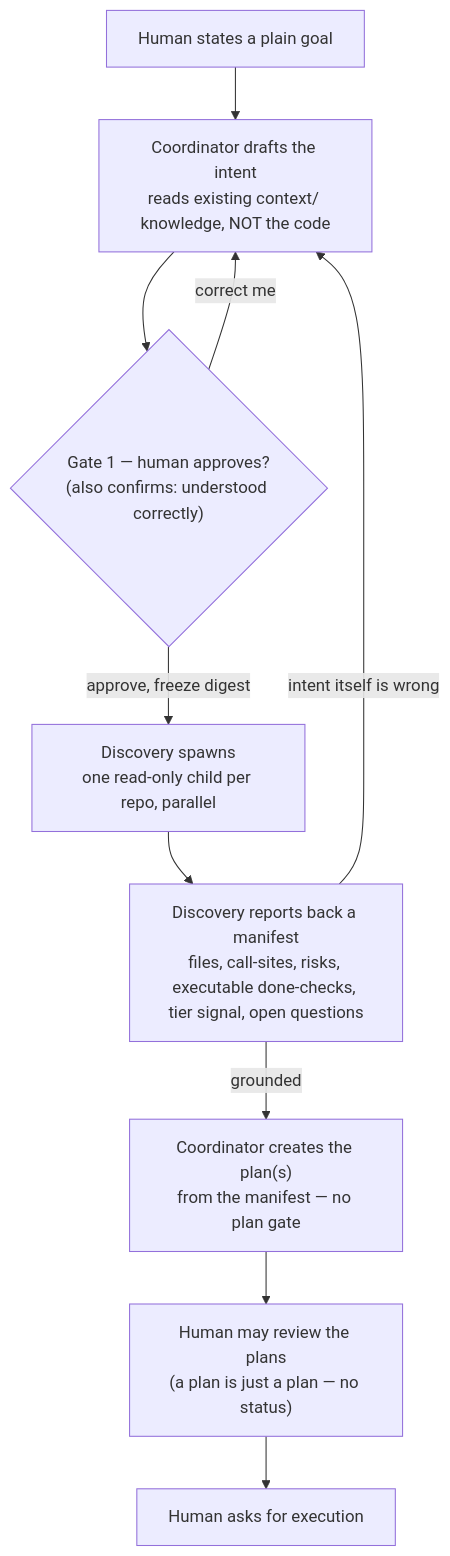
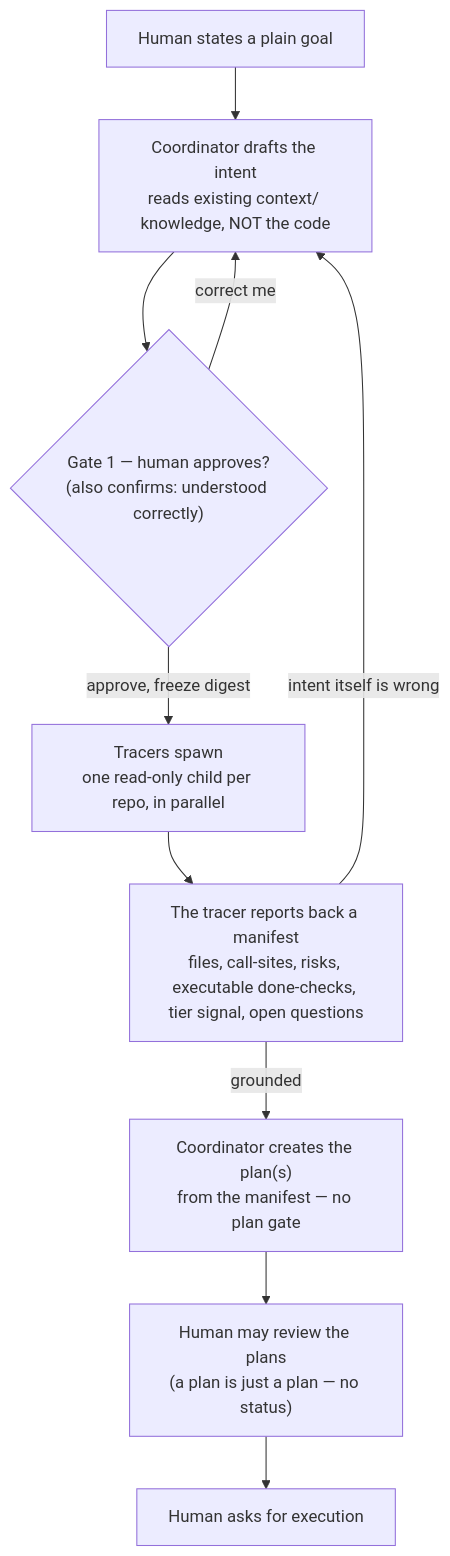
Before and after one commit to kaotypr/context-circuit-source: the diagram in sources/context-circuit-v1.0/intent-and-criteria.md, drawn with Mermaid. The commit also changed other lines of this file and 24 other files, not shown here.

First line of the commit message:
docs(sources): reframe v1.0 study around feasibility, rename discovery to tracer

````diff
--- a/sources/context-circuit-v1.0/intent-and-criteria.md
+++ b/sources/context-circuit-v1.0/intent-and-criteria.md
@@ -96,12 +99,12 @@
 ```mermaid
 flowchart TD
   A["Human states a plain goal"] --> B["Coordinator drafts the intent<br/>reads existing context/ knowledge, NOT the code"]
   B --> C{"Gate 1 — human approves?<br/>(also confirms: understood correctly)"}
-  C -->|approve, freeze digest| D["Discovery spawns<br/>one read-only child per repo, parallel"]
+  C -->|approve, freeze digest| D["Tracers spawn<br/>one read-only child per repo, in parallel"]
   C -->|correct me| B
-  D --> E["Discovery reports back a manifest<br/>files, call-sites, risks, executable done-checks, tier signal, open questions"]
+  D --> E["The tracer reports back a manifest<br/>files, call-sites, risks, executable done-checks, tier signal, open questions"]
   E -->|intent itself is wrong| B
   E -->|grounded| F["Coordinator creates the plan(s)<br/>from the manifest — no plan gate"]
   F --> G["Human may review the plans<br/>(a plan is just a plan — no status)"]
   G --> H["Human asks for execution"]
 ```
````
